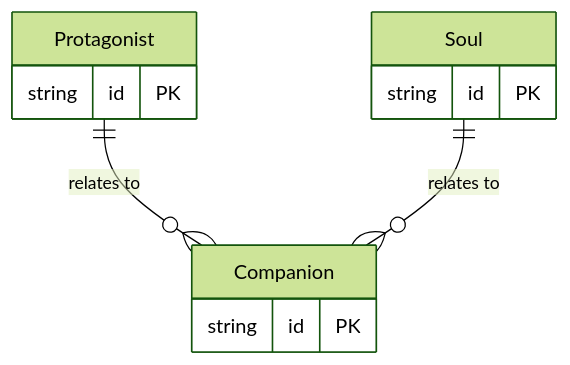
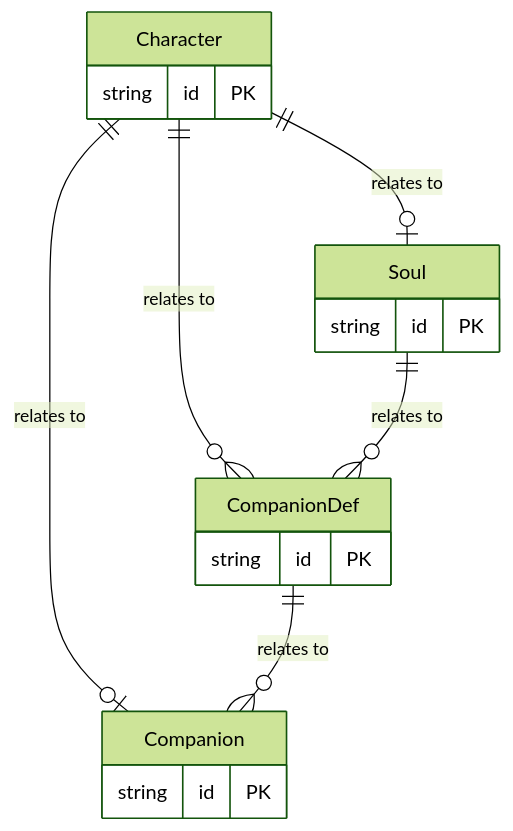
One commit to bkalaf/echoes-of-eidolon changed the diagram in docs/architecture/mermaid/entity/e13-companion-identity.mmd. Above: the diagram before and after it, drawn with Mermaid (forest theme). The commit also changed 99 other files, not shown here.

```diff
--- a/docs/architecture/mermaid/entity/e13-companion-identity.mmd
+++ b/docs/architecture/mermaid/entity/e13-companion-identity.mmd
@@ -1,13 +1,19 @@
 %% Companion identity
 erDiagram
+  CompanionDef {
+    string id PK
+  }
   Companion {
     string id PK
   }
-  Protagonist {
+  Character {
     string id PK
   }
   Soul {
     string id PK
   }
-  Protagonist ||--o{ Companion : "relates to"
-  Soul ||--o{ Companion : "relates to"
+  Character ||--o| Soul : "relates to"
+  Character ||--o| Companion : "relates to"
+  Character ||--o{ CompanionDef : "relates to"
+  Soul ||--o{ CompanionDef : "relates to"
+  CompanionDef ||--o{ Companion : "relates to"
```
